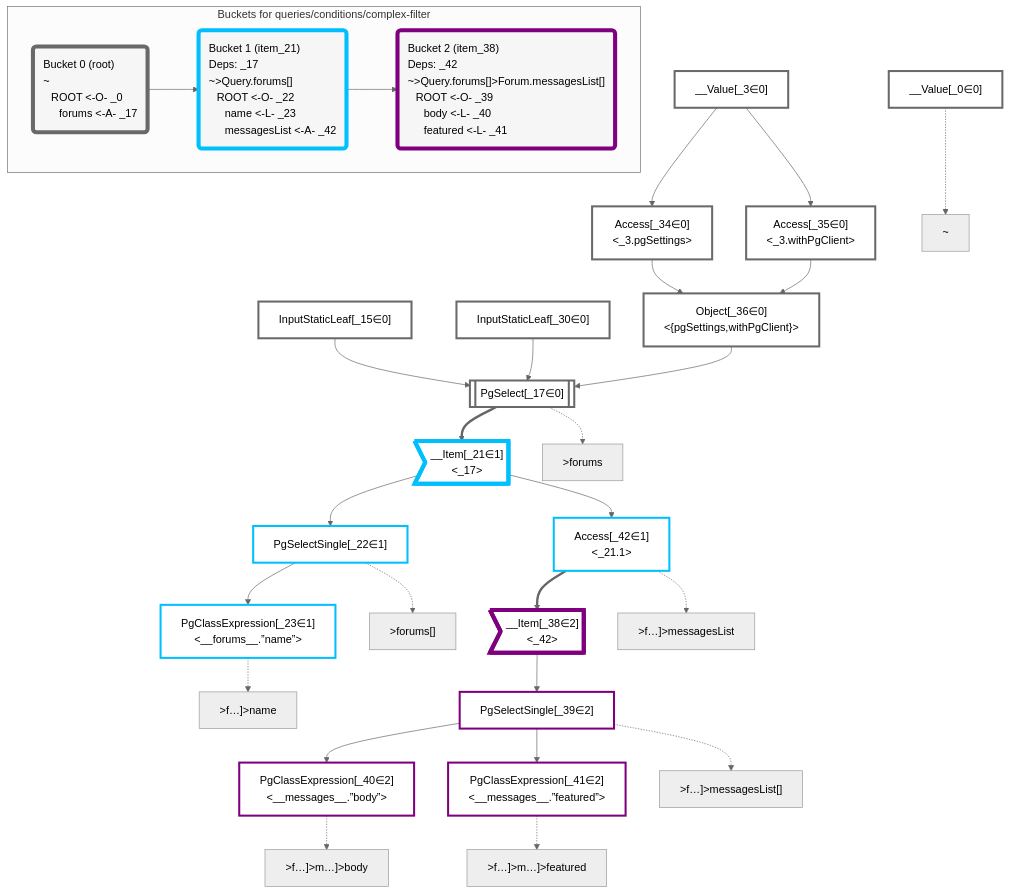
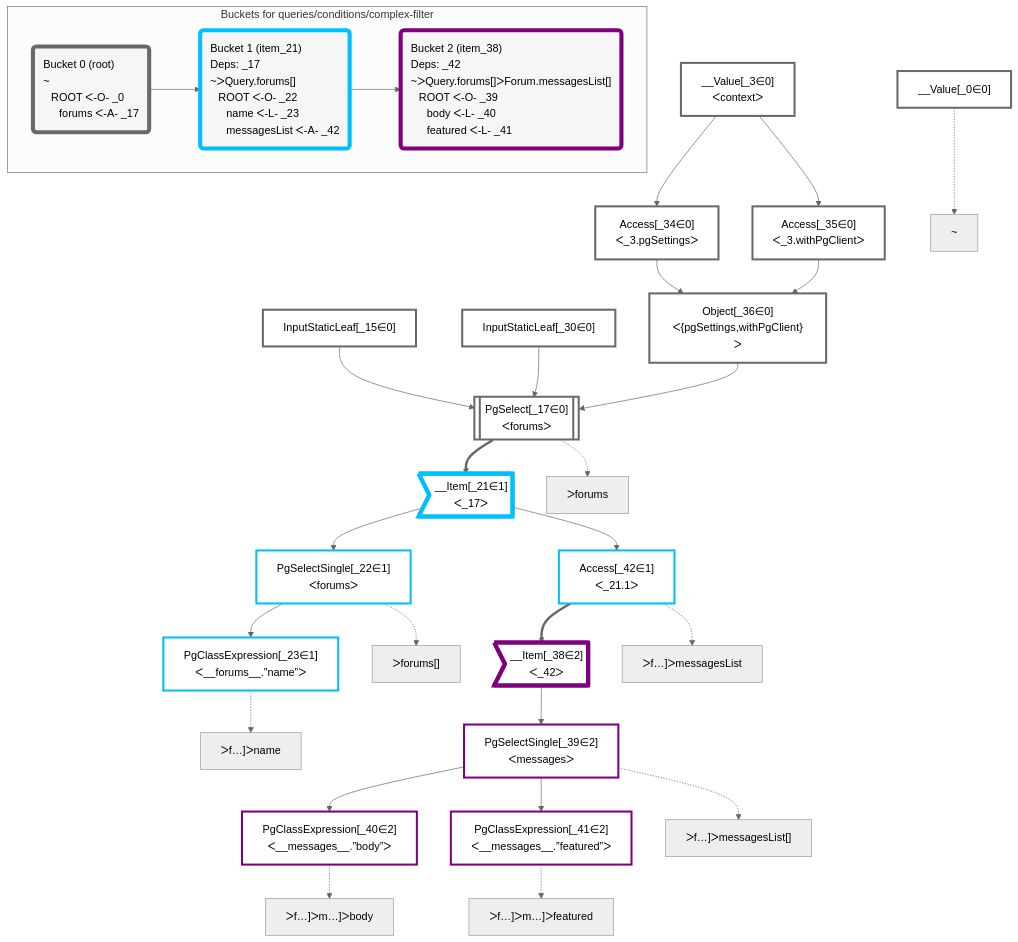
The diagram in packages/dataplan-pg/__tests__/queries/conditions/complex-filter.mermaid.md (graphile/crystal), drawn with Mermaid (neutral theme) before and after one commit. The commit also changed 195 other files, not shown here.

````diff
--- a/packages/dataplan-pg/__tests__/queries/conditions/complex-filter.mermaid.md
+++ b/packages/dataplan-pg/__tests__/queries/conditions/complex-filter.mermaid.md
@@ -1,81 +1,81 @@
 ```mermaid
 graph TD
     classDef path fill:#eee,stroke:#000,color:#000
     classDef plan fill:#fff,stroke-width:3px,color:#000
     classDef itemplan fill:#fff,stroke-width:6px,color:#000
     classDef sideeffectplan fill:#f00,stroke-width:6px,color:#000
     classDef bucket fill:#f6f6f6,color:#000,stroke-width:6px,text-align:left
 
 
     %% define plans
     __Value_0["__Value[_0∈0]"]:::plan
-    __Value_3["__Value[_3∈0]<br /><context>"]:::plan
+    __Value_3["__Value[_3∈0]<br />ᐸcontextᐳ"]:::plan
     InputStaticLeaf_15["InputStaticLeaf[_15∈0]"]:::plan
-    PgSelect_17[["PgSelect[_17∈0]<br /><forums>"]]:::plan
-    __Item_21>"__Item[_21∈1]<br /><_17>"]:::itemplan
-    PgSelectSingle_22["PgSelectSingle[_22∈1]<br /><forums>"]:::plan
-    PgClassExpression_23["PgClassExpression[_23∈1]<br /><__forums__.”name”>"]:::plan
+    PgSelect_17[["PgSelect[_17∈0]<br />ᐸforumsᐳ"]]:::plan
+    __Item_21>"__Item[_21∈1]<br />ᐸ_17ᐳ"]:::itemplan
+    PgSelectSingle_22["PgSelectSingle[_22∈1]<br />ᐸforumsᐳ"]:::plan
+    PgClassExpression_23["PgClassExpression[_23∈1]<br />ᐸ__forums__.”name”ᐳ"]:::plan
     InputStaticLeaf_30["InputStaticLeaf[_30∈0]"]:::plan
-    Access_34["Access[_34∈0]<br /><_3.pgSettings>"]:::plan
-    Access_35["Access[_35∈0]<br /><_3.withPgClient>"]:::plan
-    Object_36["Object[_36∈0]<br /><{pgSettings,withPgClient}>"]:::plan
-    __Item_38>"__Item[_38∈2]<br /><_42>"]:::itemplan
-    PgSelectSingle_39["PgSelectSingle[_39∈2]<br /><messages>"]:::plan
-    PgClassExpression_40["PgClassExpression[_40∈2]<br /><__messages__.”body”>"]:::plan
-    PgClassExpression_41["PgClassExpression[_41∈2]<br /><__messages__.”featured”>"]:::plan
-    Access_42["Access[_42∈1]<br /><_21.1>"]:::plan
+    Access_34["Access[_34∈0]<br />ᐸ_3.pgSettingsᐳ"]:::plan
+    Access_35["Access[_35∈0]<br />ᐸ_3.withPgClientᐳ"]:::plan
+    Object_36["Object[_36∈0]<br />ᐸ{pgSettings,withPgClient}ᐳ"]:::plan
+    __Item_38>"__Item[_38∈2]<br />ᐸ_42ᐳ"]:::itemplan
+    PgSelectSingle_39["PgSelectSingle[_39∈2]<br />ᐸmessagesᐳ"]:::plan
+    PgClassExpression_40["PgClassExpression[_40∈2]<br />ᐸ__messages__.”body”ᐳ"]:::plan
+    PgClassExpression_41["PgClassExpression[_41∈2]<br />ᐸ__messages__.”featured”ᐳ"]:::plan
+    Access_42["Access[_42∈1]<br />ᐸ_21.1ᐳ"]:::plan
 
     %% plan dependencies
     Object_36 --> PgSelect_17
     InputStaticLeaf_15 --> PgSelect_17
     InputStaticLeaf_30 --> PgSelect_17
     PgSelect_17 ==> __Item_21
     __Item_21 --> PgSelectSingle_22
     PgSelectSingle_22 --> PgClassExpression_23
     __Value_3 --> Access_34
     __Value_3 --> Access_35
     Access_34 --> Object_36
     Access_35 --> Object_36
     Access_42 ==> __Item_38
     __Item_38 --> PgSelectSingle_39
     PgSelectSingle_39 --> PgClassExpression_40
     PgSelectSingle_39 --> PgClassExpression_41
     __Item_21 --> Access_42
 
     %% plan-to-path relationships
     P_0["~"]
     __Value_0 -.-> P_0
-    P_17[">forums"]
+    P_17["ᐳforums"]
     PgSelect_17 -.-> P_17
-    P_22[">forums[]"]
+    P_22["ᐳforums[]"]
     PgSelectSingle_22 -.-> P_22
-    P_23[">f…]>name"]
+    P_23["ᐳf…]ᐳname"]
     PgClassExpression_23 -.-> P_23
-    P_39[">f…]>messagesList[]"]
+    P_39["ᐳf…]ᐳmessagesList[]"]
     PgSelectSingle_39 -.-> P_39
-    P_40[">f…]>m…]>body"]
+    P_40["ᐳf…]ᐳm…]ᐳbody"]
     PgClassExpression_40 -.-> P_40
-    P_41[">f…]>m…]>featured"]
+    P_41["ᐳf…]ᐳm…]ᐳfeatured"]
     PgClassExpression_41 -.-> P_41
-    P_42[">f…]>messagesList"]
+    P_42["ᐳf…]ᐳmessagesList"]
     Access_42 -.-> P_42
 
     %% allocate buckets
     classDef bucket0 stroke:#696969
     class __Value_0,__Value_3,InputStaticLeaf_15,PgSelect_17,InputStaticLeaf_30,Access_34,Access_35,Object_36 bucket0
     classDef bucket1 stroke:#00bfff
     class __Item_21,PgSelectSingle_22,PgClassExpression_23,Access_42 bucket1
     classDef bucket2 stroke:#7f007f
     class __Item_38,PgSelectSingle_39,PgClassExpression_40,PgClassExpression_41 bucket2
 
     subgraph "Buckets for queries/conditions/complex-filter"
-    Bucket0("Bucket 0 (root)<br />~<br />⠀ROOT <-O- _0<br />⠀⠀forums <-A- _17"):::bucket
+    Bucket0("Bucket 0 (root)<br />~<br />⠀ROOT ᐸ-O- _0<br />⠀⠀forums ᐸ-A- _17"):::bucket
     style Bucket0 stroke:#696969
-    Bucket1("Bucket 1 (item_21)<br />Deps: _17<br />~>Query.forums[]<br />⠀ROOT <-O- _22<br />⠀⠀name <-L- _23<br />⠀⠀messagesList <-A- _42"):::bucket
+    Bucket1("Bucket 1 (item_21)<br />Deps: _17<br />~ᐳQuery.forums[]<br />⠀ROOT ᐸ-O- _22<br />⠀⠀name ᐸ-L- _23<br />⠀⠀messagesList ᐸ-A- _42"):::bucket
     style Bucket1 stroke:#00bfff
     Bucket0 --> Bucket1
-    Bucket2("Bucket 2 (item_38)<br />Deps: _42<br />~>Query.forums[]>Forum.messagesList[]<br />⠀ROOT <-O- _39<br />⠀⠀body <-L- _40<br />⠀⠀featured <-L- _41"):::bucket
+    Bucket2("Bucket 2 (item_38)<br />Deps: _42<br />~ᐳQuery.forums[]ᐳForum.messagesList[]<br />⠀ROOT ᐸ-O- _39<br />⠀⠀body ᐸ-L- _40<br />⠀⠀featured ᐸ-L- _41"):::bucket
     style Bucket2 stroke:#7f007f
     Bucket1 --> Bucket2
     end
 ```
````
